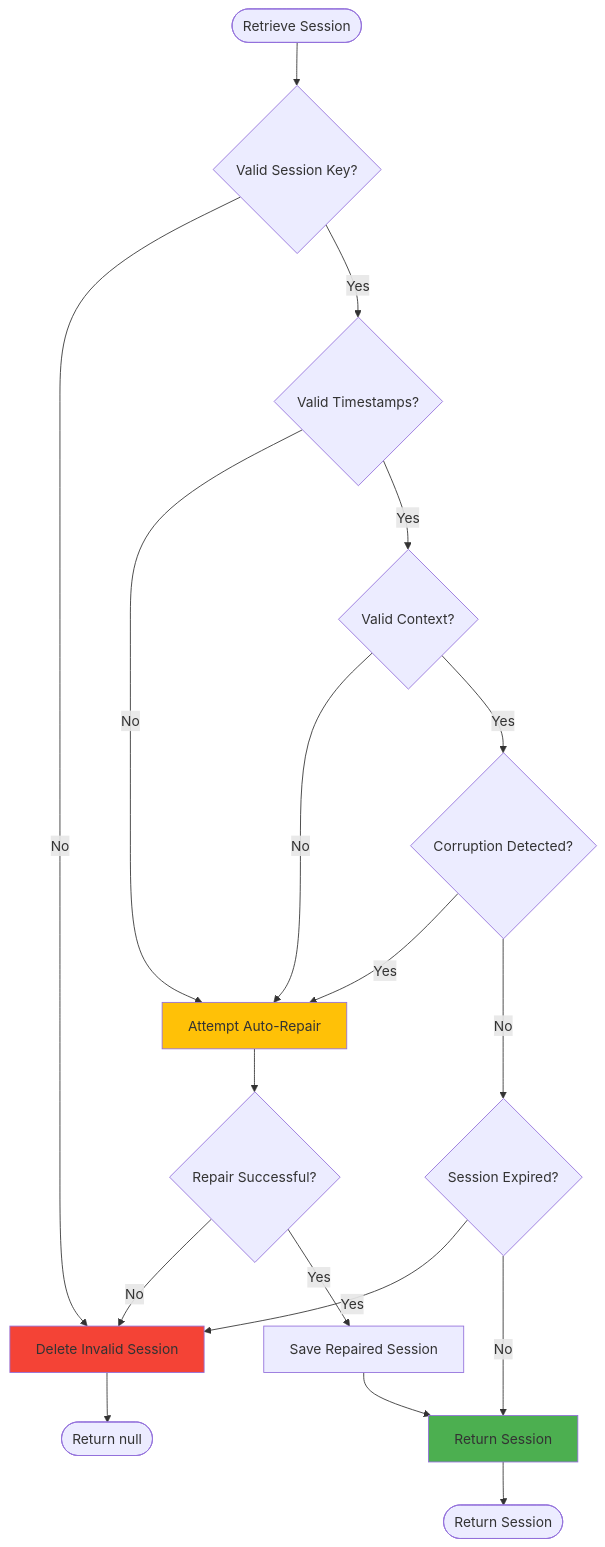
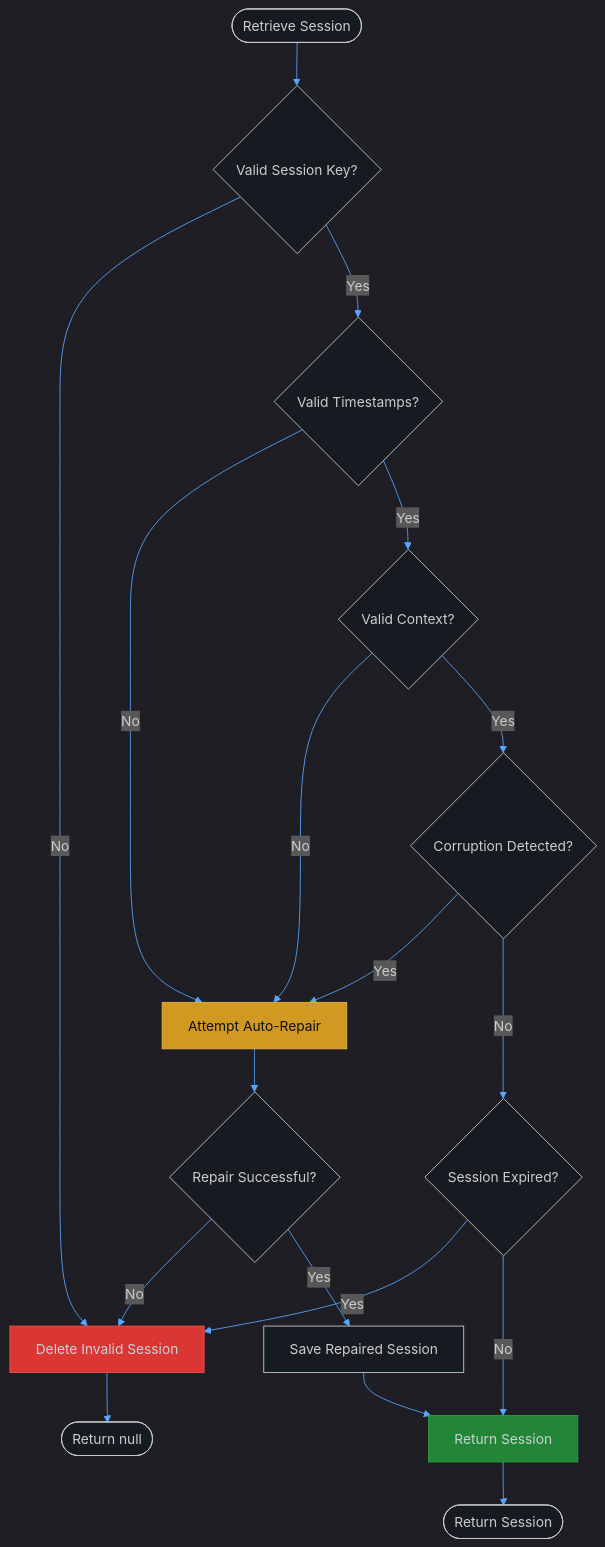
The first of 2 diagrams in docs/architecture/session-management.md (spiralhouse/cycletime), drawn with Mermaid before and after one commit. The commit also changed other lines of this file and 2 other files, not shown here.

Commit message:
refactor(docs): optimize all Mermaid diagrams for dark mode (SPI-649)
Apply consistent dark theme configuration to all 13 diagrams in PR #114:

**Theme Configuration:**
- Dark background (#0d1117 - GitHub dark mode)
- High contrast colors for readability
- Consistent color scheme across all diagram types

**Files Updated:**
- docs/architecture/overview.md (3 diagrams)
  - Layered architecture graph
  - Provider implementation status
  - Database ER diagram

- docs/architecture/session-management.md (2 diagrams)
  - Session validation flowchart
  - Session lifecycle state machine

- docs/api/best-practices.md (8 diagrams)
  - REST maturity model
  - Resource hierarchy
  - HTTP status codes (success & error)
  - Version lifecycle
  - Request validation flow
  - Business rule hierarchy
  - Deprecation sequence

**Benefits:**
- Ensures legibility in dark mode environments
- Consistent visual experience across documentation
- Maintains accessibility with high contrast colors

🤖 Generated with [Claude Code](https://claude.com/claude-code)

````diff
--- a/docs/architecture/session-management.md
+++ b/docs/architecture/session-management.md
@@ -69,30 +69,31 @@
 ```mermaid
+%%{init: {'theme':'dark', 'themeVariables': {'darkMode':true, 'background':'#0d1117', 'mainBkg':'#161b22', 'secondBkg':'#21262d', 'lineColor':'#58a6ff', 'primaryColor':'#58a6ff', 'primaryTextColor':'#c9d1d9', 'primaryBorderColor':'#30363d'}}}%%
 flowchart TD
     Start([Retrieve Session]) --> ValidateKey{Valid Session Key?}
     ValidateKey -->|No| DeleteSession[Delete Invalid Session]
     ValidateKey -->|Yes| ValidateTimestamps{Valid Timestamps?}
 
     ValidateTimestamps -->|No| AttemptRepair[Attempt Auto-Repair]
     ValidateTimestamps -->|Yes| ValidateContext{Valid Context?}
 
     ValidateContext -->|No| AttemptRepair
     ValidateContext -->|Yes| CheckCorruption{Corruption Detected?}
 
     CheckCorruption -->|Yes| AttemptRepair
     CheckCorruption -->|No| CheckExpiration{Session Expired?}
 
     AttemptRepair --> RepairSuccess{Repair Successful?}
     RepairSuccess -->|No| DeleteSession
     RepairSuccess -->|Yes| SaveRepaired[Save Repaired Session]
 
     SaveRepaired --> ReturnSession[Return Session]
     CheckExpiration -->|Yes| DeleteSession
     CheckExpiration -->|No| ReturnSession
 
     DeleteSession --> ReturnNull([Return null])
     ReturnSession --> End([Return Session])
 
-    style ReturnSession fill:#4CAF50
-    style DeleteSession fill:#F44336
-    style AttemptRepair fill:#FFC107
+    style ReturnSession fill:#238636,stroke:#2ea043,color:#c9d1d9
+    style DeleteSession fill:#da3633,stroke:#f85149,color:#c9d1d9
+    style AttemptRepair fill:#d29922,stroke:#e3b341,color:#0d1117
 ```
````
